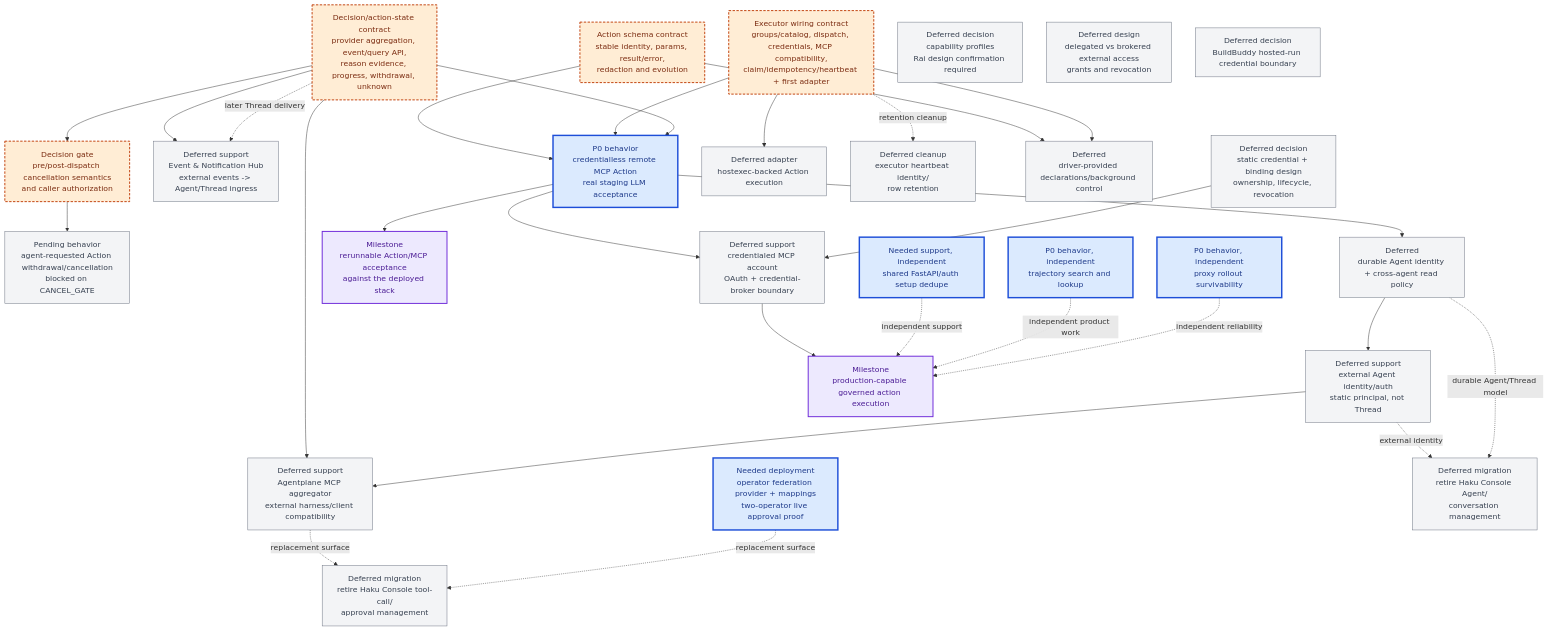
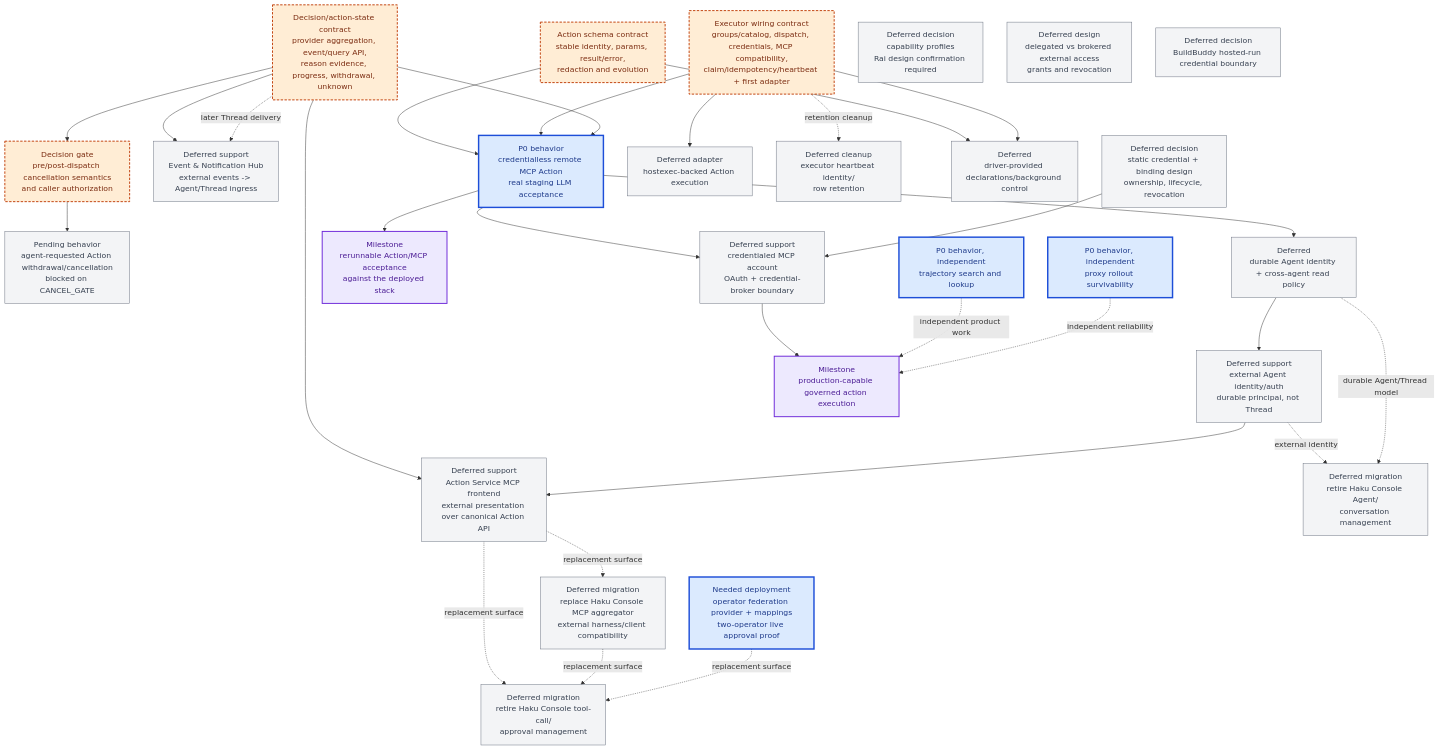
The diagram in x/agentplane/plans/task_dag.md (agentydragon-agent/ducktape), drawn with Mermaid before and after one commit. The commit also changed other lines of this file and 1 other file, not shown here.

Commit message:
docs(agentplane): define MCP frontend track and retire dedupe work item (#5884)

````diff
--- a/x/agentplane/plans/task_dag.md
+++ b/x/agentplane/plans/task_dag.md
@@ -76,64 +76,65 @@
 ```mermaid
 flowchart TB
     classDef active fill:#dbeafe,stroke:#1d4ed8,color:#1e3a8a,stroke-width:3px
     classDef decision fill:#ffedd5,stroke:#c2410c,color:#7c2d12,stroke-width:2px,stroke-dasharray:5 3
     classDef future fill:#f3f4f6,stroke:#6b7280,color:#374151
     classDef milestone fill:#ede9fe,stroke:#6d28d9,color:#4c1d95,stroke-width:2px
 
     AS["Action schema contract<br/>stable identity, params, result/error,<br/>redaction and evolution"]:::decision
     EW["Executor wiring contract<br/>groups/catalog, dispatch, credentials, MCP compatibility,<br/>claim/idempotency/heartbeat + first adapter"]:::decision
     DEL["Decision/action-state contract<br/>provider aggregation, event/query API,<br/>reason evidence, progress, withdrawal, unknown"]:::decision
     CANCEL_GATE["Decision gate<br/>pre/post-dispatch cancellation semantics<br/>and caller authorization"]:::decision
     CANCEL["Pending behavior<br/>agent-requested Action withdrawal/cancellation<br/>blocked on CANCEL_GATE"]:::future
     CANCEL_GATE --> CANCEL
     DEL --> CANCEL_GATE
     DEL --> ING
     MCP0["P0 behavior<br/>credentialless remote MCP Action<br/>real staging LLM acceptance"]:::active
     MCPAUTH["Deferred support<br/>credentialed MCP account<br/>OAuth + credential-broker boundary"]:::future
     CRED["Deferred decision<br/>static credential + binding design<br/>ownership, lifecycle, revocation"]:::future
     MCPACCEPT["Milestone<br/>rerunnable Action/MCP acceptance<br/>against the deployed stack"]:::milestone
-    EID["Deferred support<br/>external Agent identity/auth<br/>static principal, not Thread"]:::future
-    MCPAGG["Deferred support<br/>Agentplane MCP aggregator<br/>external harness/client compatibility"]:::future
+    EID["Deferred support<br/>external Agent identity/auth<br/>durable principal, not Thread"]:::future
+    MCPFRONT["Deferred support<br/>Action Service MCP frontend<br/>external presentation over canonical Action API"]:::future
+    MCPAGG["Deferred migration<br/>replace Haku Console MCP aggregator<br/>external harness/client compatibility"]:::future
     HOSTEXEC["Deferred adapter<br/>hostexec-backed Action execution"]:::future
     APPROVALUI["Needed deployment<br/>operator federation provider + mappings<br/>two-operator live approval proof"]:::active
     RETIRE_AGENT["Deferred migration<br/>retire Haku Console Agent/<br/>conversation management"]:::future
     RETIRE_TOOLS["Deferred migration<br/>retire Haku Console tool-call/<br/>approval management"]:::future
-    DEDUPE["Needed support, independent<br/>shared FastAPI/auth setup dedupe"]:::active
     T3["P0 behavior, independent<br/>trajectory search and lookup"]:::active
     PR["P0 behavior, independent<br/>proxy rollout survivability"]:::active
     PROFILES["Deferred decision<br/>capability profiles<br/>Rai design confirmation required"]:::future
     ACCESS["Deferred design<br/>delegated vs brokered external access<br/>grants and revocation"]:::future
     LIVE_CLEAN["Deferred cleanup<br/>executor heartbeat identity/<br/>row retention"]:::future
 
     BB["Deferred decision<br/>BuildBuddy hosted-run credential boundary"]:::future
     ING["Deferred support<br/>Event & Notification Hub<br/>external events -> Agent/Thread ingress"]:::future
     DT["Deferred<br/>driver-provided declarations/background control"]:::future
     AG["Deferred<br/>durable Agent identity + cross-agent read policy"]:::future
     PROD["Milestone<br/>production-capable governed action execution"]:::milestone
 
     AS --> MCP0
     EW --> MCP0
     DEL --> MCP0
     MCP0 --> MCPACCEPT
     MCP0 --> MCPAUTH
     CRED --> MCPAUTH
     MCPAUTH --> PROD
     DEL -. later Thread delivery .-> ING
-    DEL --> MCPAGG
-    EID --> MCPAGG
+    DEL --> MCPFRONT
+    EID --> MCPFRONT
+    MCPFRONT -. replacement surface .-> MCPAGG
+    MCPFRONT -. replacement surface .-> RETIRE_TOOLS
     EW --> HOSTEXEC
     MCPAGG -. replacement surface .-> RETIRE_TOOLS
     APPROVALUI -. replacement surface .-> RETIRE_TOOLS
     EID -. external identity .-> RETIRE_AGENT
     AG -. durable Agent/Thread model .-> RETIRE_AGENT
 
-    DEDUPE -. independent support .-> PROD
     T3 -. independent product work .-> PROD
     PR -. independent reliability .-> PROD
 
     AS --> DT
     EW --> DT
     MCP0 --> AG
     AG --> EID
     EW -. retention cleanup .-> LIVE_CLEAN
 ```
````
